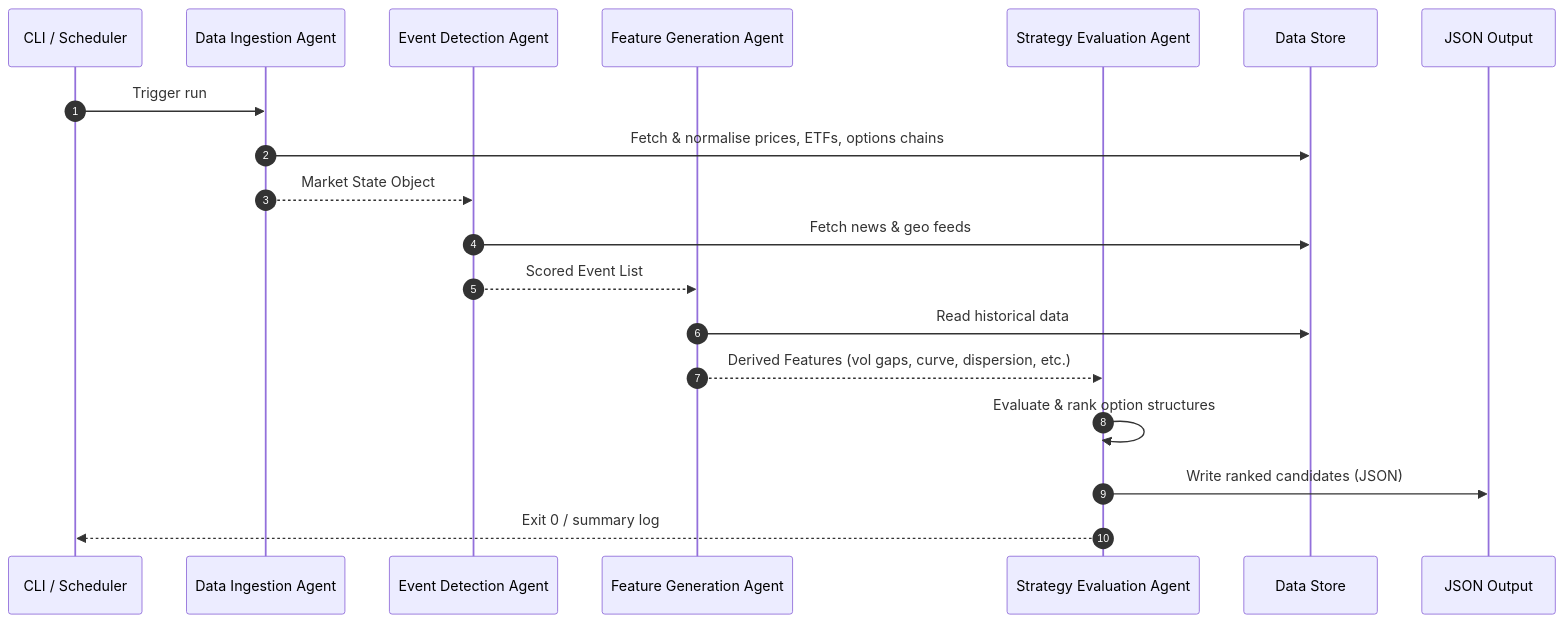
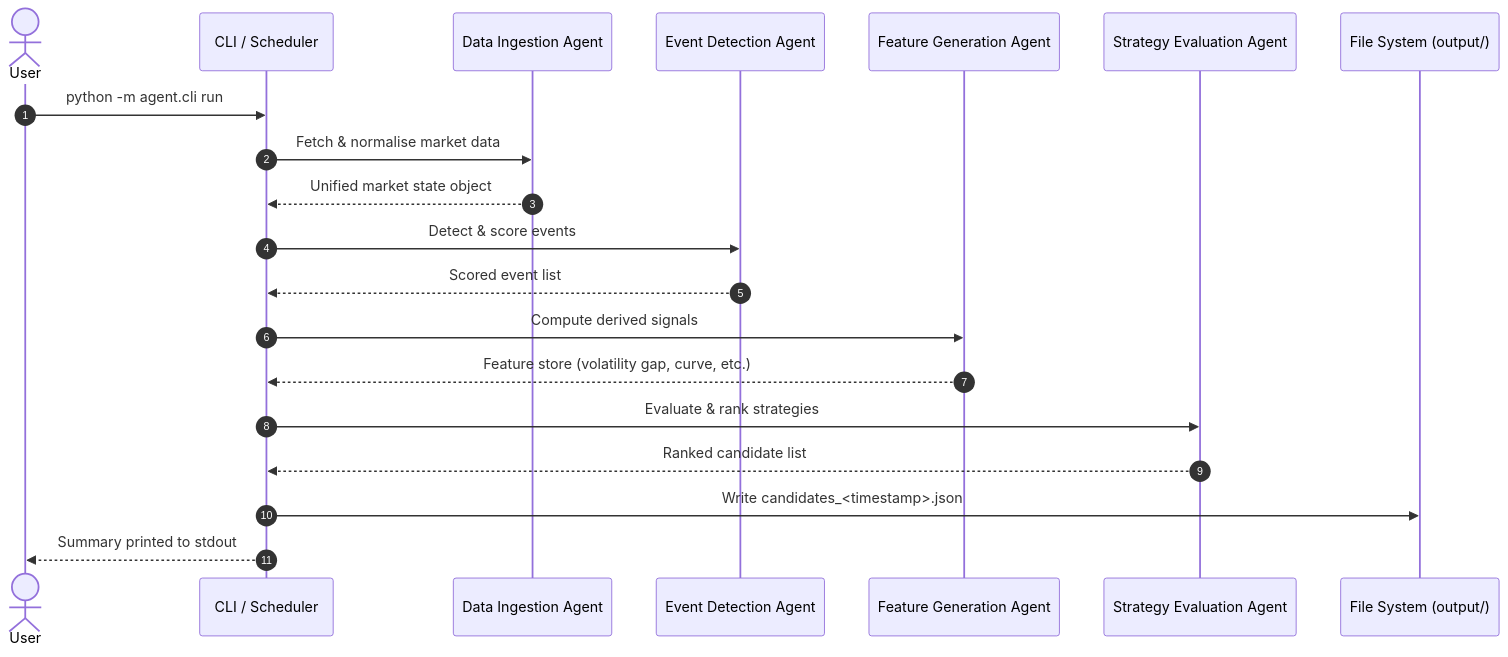
Before and after one commit to jeisenback/golden_boy_peanuts: the second of 2 diagrams in docs/generated/user_guide_full-pipeline.md, drawn with Mermaid. The commit also changed other lines of this file, not shown here.

Commit message:
docs: regenerate user guide [skip ci]

````diff
--- a/docs/generated/user_guide_full-pipeline.md
+++ b/docs/generated/user_guide_full-pipeline.md
@@ -229,22 +207,23 @@
 ```mermaid
 sequenceDiagram
     autonumber
+    actor User
     participant CLI as CLI / Scheduler
     participant DIA as Data Ingestion Agent
     participant EDA as Event Detection Agent
     participant FGA as Feature Generation Agent
     participant SEA as Strategy Evaluation Agent
-    participant Store as Data Store
-    participant Out as JSON Output
+    participant FS as File System (output/)
 
-    CLI->>DIA: Trigger run
-    DIA->>Store: Fetch & normalise prices, ETFs, options chains
-    DIA-->>EDA: Market State Object
-    EDA->>Store: Fetch news & geo feeds
-    EDA-->>FGA: Scored Event List
-    FGA->>Store: Read historical data
-    FGA-->>SEA: Derived Features (vol gaps, curve, dispersion, etc.)
-    SEA->>SEA: Evaluate & rank option structures
-    SEA->>Out: Write ranked candidates (JSON)
-    SEA-->>CLI: Exit 0 / summary log
+    User->>CLI: python -m agent.cli run
+    CLI->>DIA: Fetch & normalise market data
+    DIA-->>CLI: Unified market state object
+    CLI->>EDA: Detect & score events
+    EDA-->>CLI: Scored event list
+    CLI->>FGA: Compute derived signals
+    FGA-->>CLI: Feature store (volatility gap, curve, etc.)
+    CLI->>SEA: Evaluate & rank strategies
+    SEA-->>CLI: Ranked candidate list
+    CLI->>FS: Write candidates_<timestamp>.json
+    CLI-->>User: Summary printed to stdout
 ```
````
